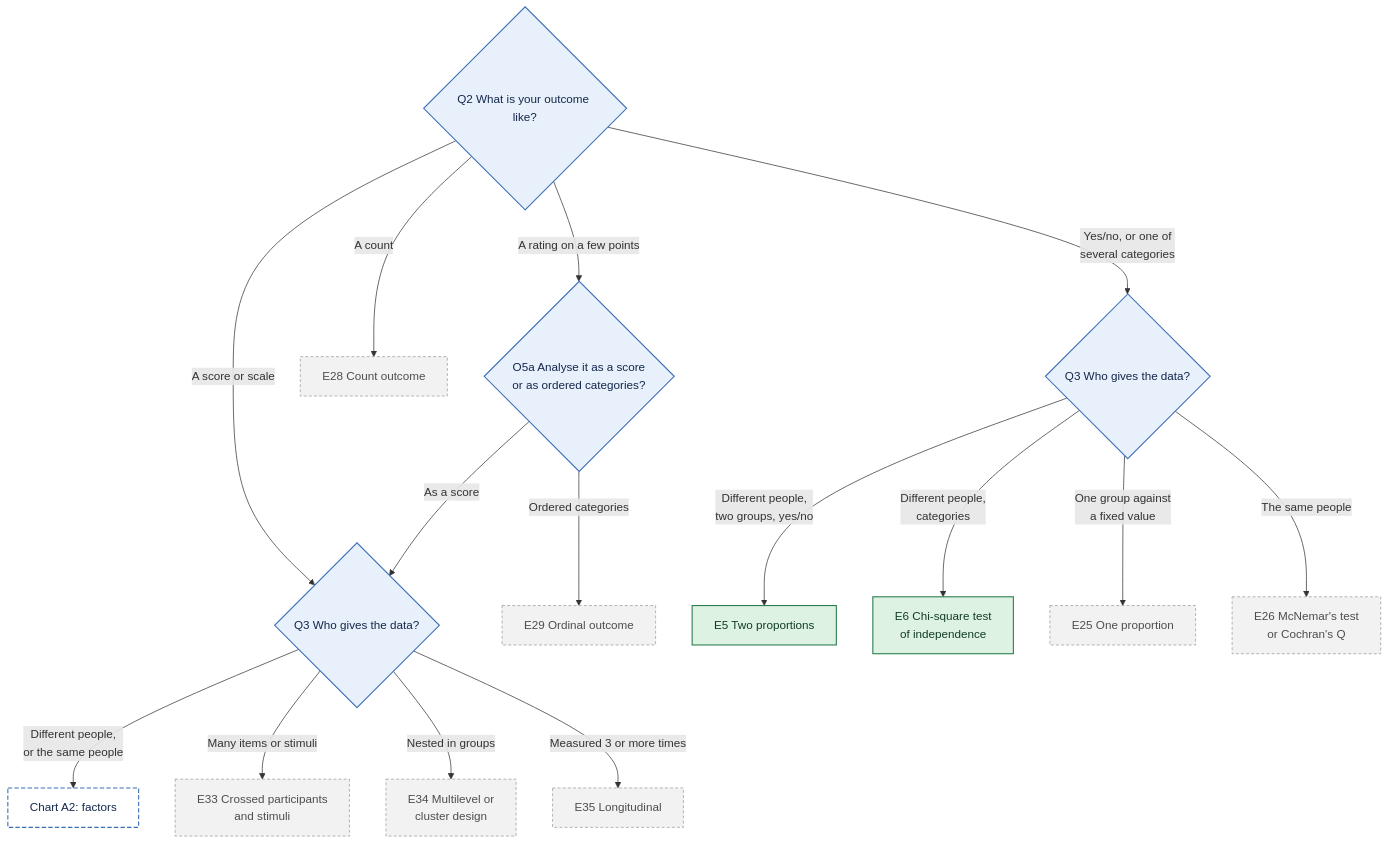
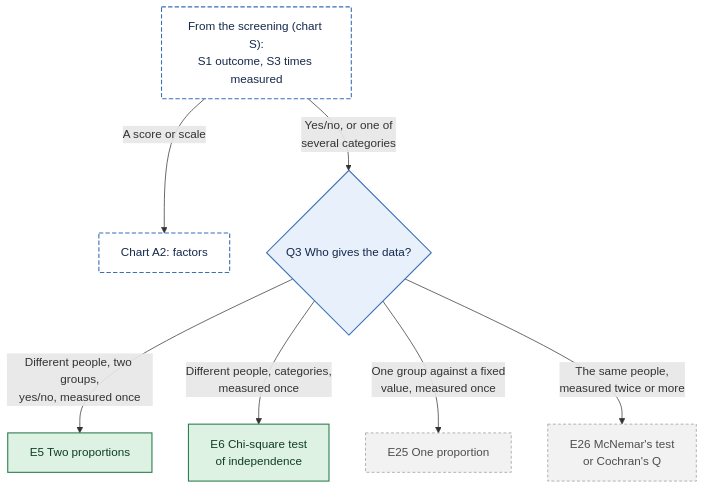
One commit to JoelThornton/Powerkit changed the diagram in docs/figures/decision-tree/A1-difference-outcome.mmd. Above: the diagram before and after it, drawn with Mermaid. The commit also changed 38 other files, not shown here.

```diff
--- a/docs/figures/decision-tree/A1-difference-outcome.mmd
+++ b/docs/figures/decision-tree/A1-difference-outcome.mmd
@@ -1,25 +1,17 @@
 flowchart TD
-  Q2{"Q2 What is your outcome like?"}
-  Q2 -->|A score or scale| Q3{"Q3 Who gives the data?"}
-  Q2 -->|A rating on a few points| O5a{"O5a Analyse it as a score<br/>or as ordered categories?"}
-  O5a -->|As a score| Q3
-  O5a -->|Ordered categories| E29["E29 Ordinal outcome"]
-  Q2 -->|A count| E28["E28 Count outcome"]
-  Q2 -->|Yes/no, or one of<br/>several categories| Q3y{"Q3 Who gives the data?"}
-  Q3y -->|Different people,<br/>two groups, yes/no| E5["E5 Two proportions"]
-  Q3y -->|Different people,<br/>categories| E6["E6 Chi-square test<br/>of independence"]
-  Q3y -->|One group against<br/>a fixed value| E25["E25 One proportion"]
-  Q3y -->|The same people| E26["E26 McNemar's test<br/>or Cochran's Q"]
-  Q3 -->|Different people,<br/>or the same people| A2["Chart A2: factors"]
-  Q3 -->|Many items or stimuli| E33["E33 Crossed participants<br/>and stimuli"]
-  Q3 -->|Nested in groups| E34["E34 Multilevel or<br/>cluster design"]
-  Q3 -->|Measured 3 or more times| E35["E35 Longitudinal"]
-  class Q2,O5a,Q3,Q3y q
+  S["From the screening (chart S):<br/>S1 outcome, S3 times measured"]
+  S -->|A score or scale| A2["Chart A2: factors"]
+  S -->|Yes/no, or one of<br/>several categories| Q3y{"Q3 Who gives the data?"}
+  Q3y -->|Different people, two groups,<br/>yes/no, measured once| E5["E5 Two proportions"]
+  Q3y -->|Different people, categories,<br/>measured once| E6["E6 Chi-square test<br/>of independence"]
+  Q3y -->|One group against a fixed<br/>value, measured once| E25["E25 One proportion"]
+  Q3y -->|The same people,<br/>measured twice or more| E26["E26 McNemar's test<br/>or Cochran's Q"]
+  class Q3y q
   class E5,E6 avail
-  class E25,E26,E28,E29,E33,E34,E35 later
-  class A2 jump
+  class E25,E26 later
+  class S,A2 jump
   classDef q fill:#E8F0FB,stroke:#3B6FB6,color:#14284B,stroke-width:1.5px
   classDef avail fill:#DDF2E3,stroke:#2E7D4F,color:#123D24,stroke-width:1.5px
   classDef spec fill:#FFF0D1,stroke:#B97A00,color:#4A3200,stroke-width:1.5px
   classDef later fill:#F2F2F2,stroke:#9A9A9A,color:#4D4D4D,stroke-width:1px,stroke-dasharray:4 3
   classDef jump fill:#FFFFFF,stroke:#3B6FB6,color:#14284B,stroke-width:1.5px,stroke-dasharray:6 3
```
